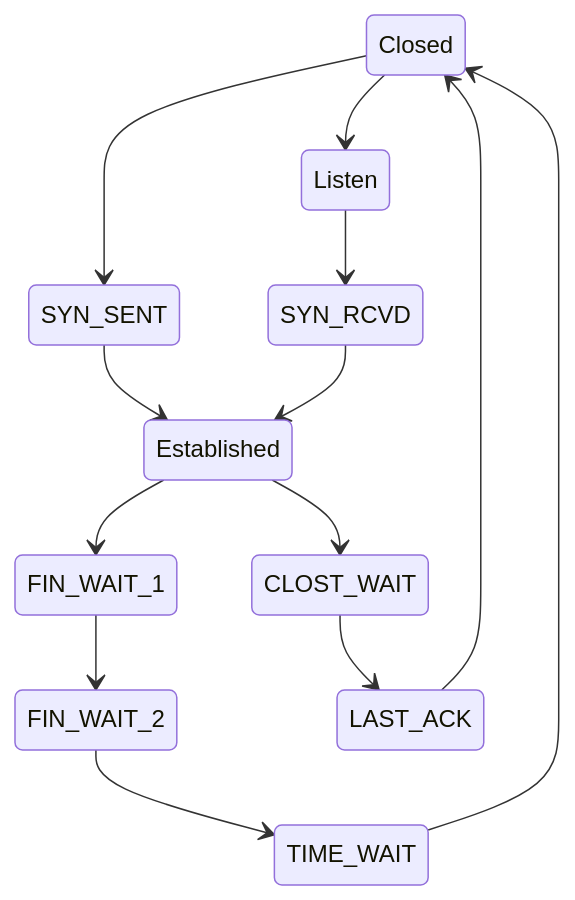
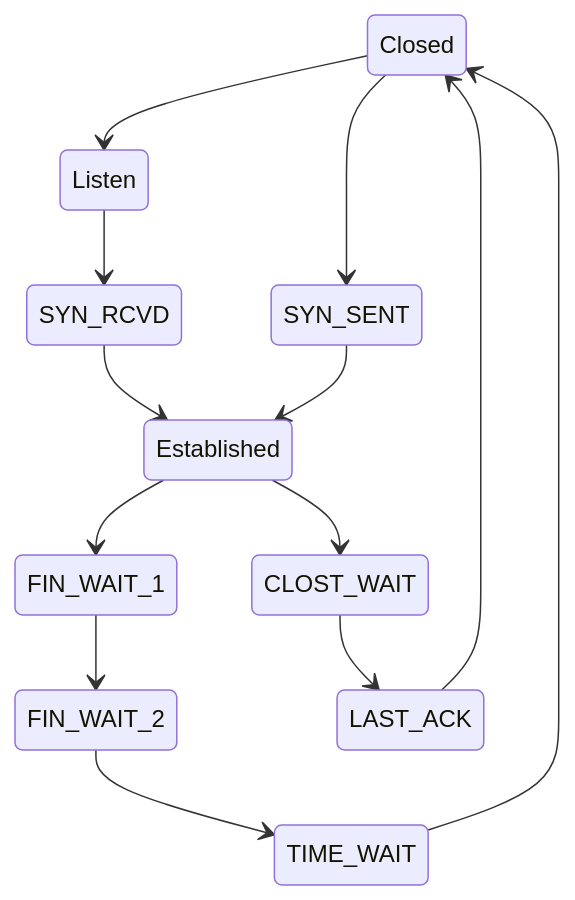
The diagram in _posts/mmd/tcp-flow.mmd (wanghenshui/wanghenshui.github.io), drawn with Mermaid before and after one commit. The commit also changed other lines of this file and 3 other files, not shown here.

```diff
--- a/_posts/mmd/tcp-flow.mmd
+++ b/_posts/mmd/tcp-flow.mmd
@@ -1,13 +1,13 @@
 stateDiagram-v2
     Closed --> Listen
+    Listen --> SYN_RCVD
+    SYN_RCVD --> Established
     Closed --> SYN_SENT
     SYN_SENT --> Established
-    Listen --> SYN_RCVD
-    SYN_RCVD --> Established
     Established --> FIN_WAIT_1
     FIN_WAIT_1 --> FIN_WAIT_2
     FIN_WAIT_2 --> TIME_WAIT
     TIME_WAIT --> Closed
     Established --> CLOST_WAIT
     CLOST_WAIT --> LAST_ACK
     LAST_ACK --> Closed
```
